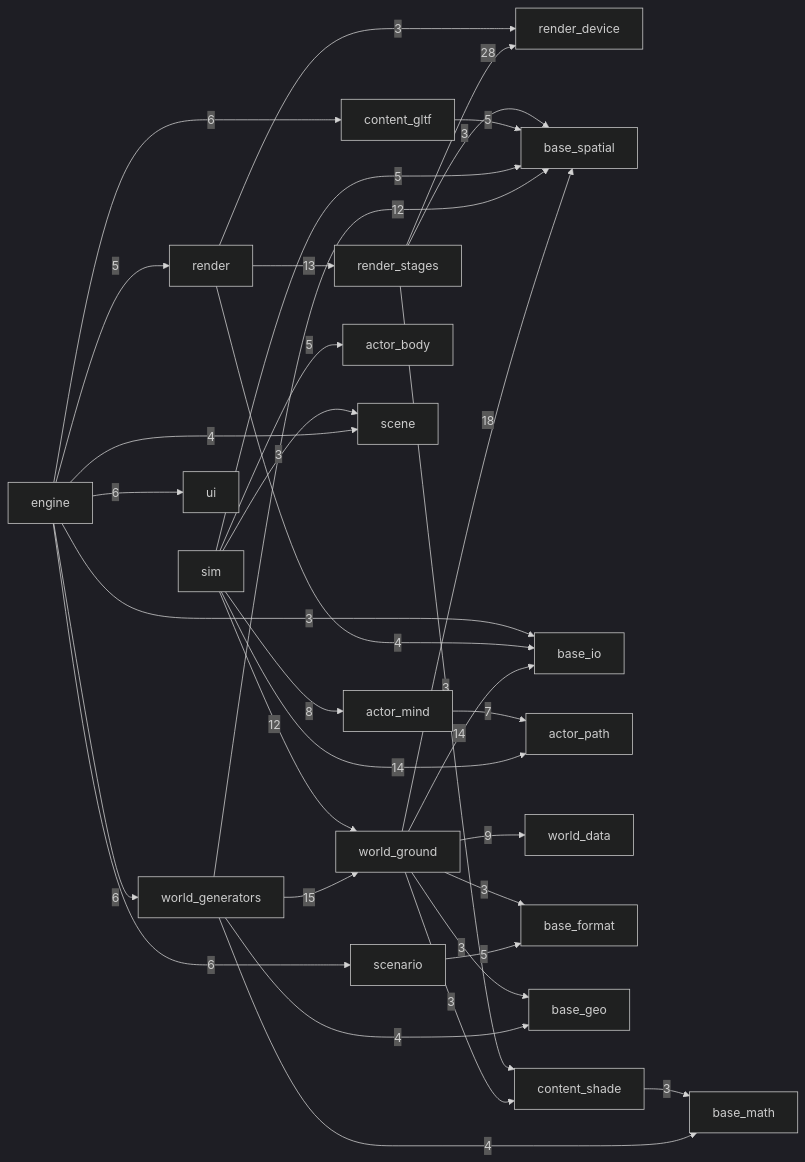
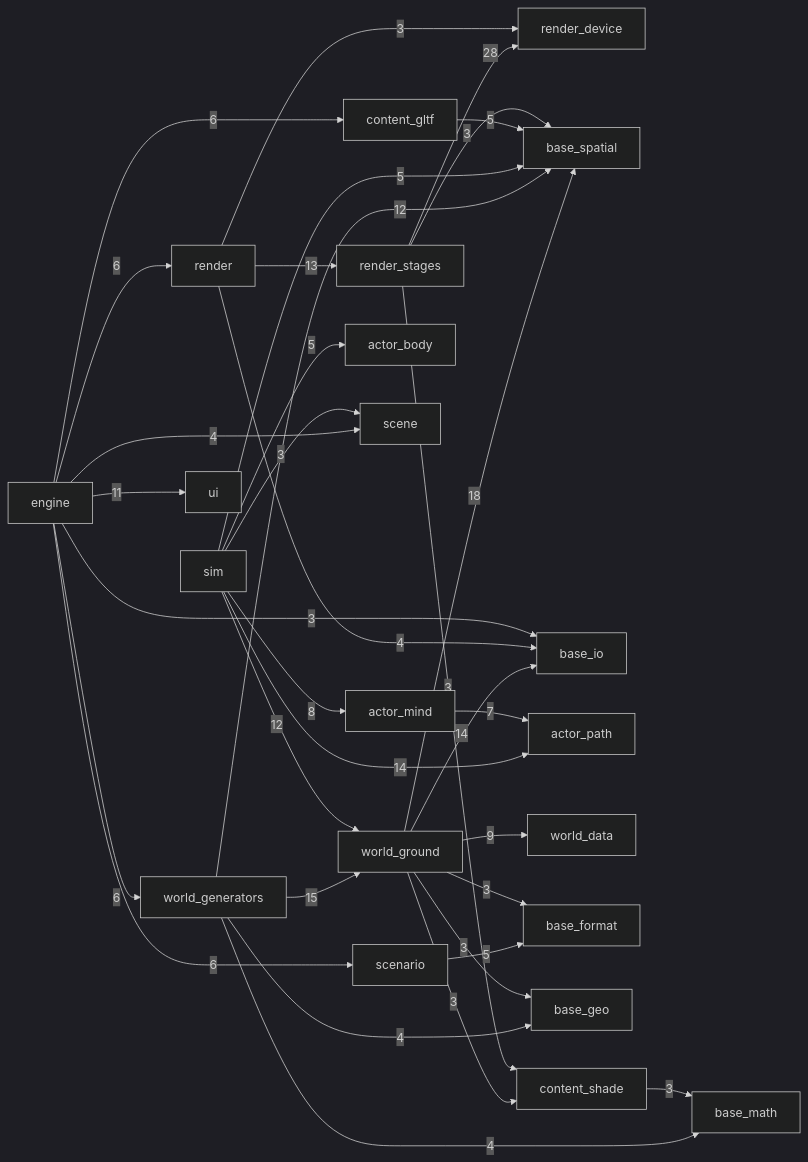
One commit to Weichwolf/outshine changed the diagram in STATE.md. Above: the diagram before and after it, drawn with Mermaid (dark theme). The commit also changed other lines of this file and 6 other files, not shown here.

````diff
--- a/STATE.md
+++ b/STATE.md
@@ -136,36 +136,36 @@
 ```mermaid
 flowchart LR
   render_stages --> |28| render_device
   world_ground --> |18| base_spatial
   world_generators --> |15| world_ground
   world_ground --> |14| base_io
   sim --> |14| actor_path
   render --> |13| render_stages
   world_generators --> |12| base_spatial
   sim --> |12| world_ground
+  engine --> |11| ui
   world_ground --> |9| world_data
   sim --> |8| actor_mind
   actor_mind --> |7| actor_path
   engine --> |6| world_generators
-  engine --> |6| ui
   engine --> |6| scenario
+  engine --> |6| render
   engine --> |6| content_gltf
   sim --> |5| base_spatial
   sim --> |5| actor_body
   scenario --> |5| base_format
-  engine --> |5| render
   content_gltf --> |5| base_spatial
   world_generators --> |4| base_math
   world_generators --> |4| base_geo
   render --> |4| base_io
   engine --> |4| scene
   world_ground --> |3| content_shade
   world_ground --> |3| base_geo
   world_ground --> |3| base_format
   sim --> |3| scene
   render --> |3| render_device
   render_stages --> |3| content_shade
   render_stages --> |3| base_spatial
   engine --> |3| base_io
   content_shade --> |3| base_math
 ```
````
